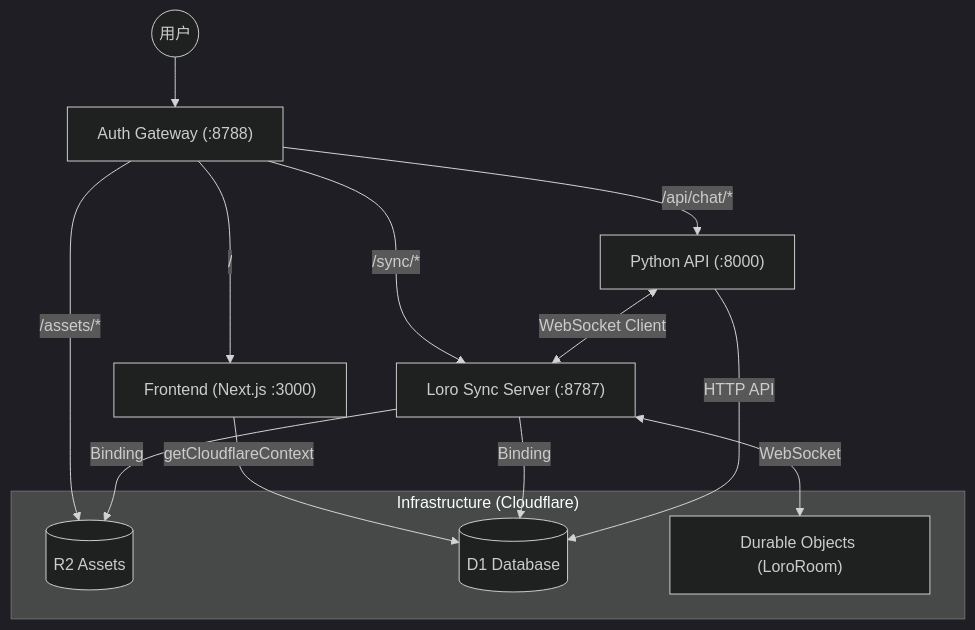
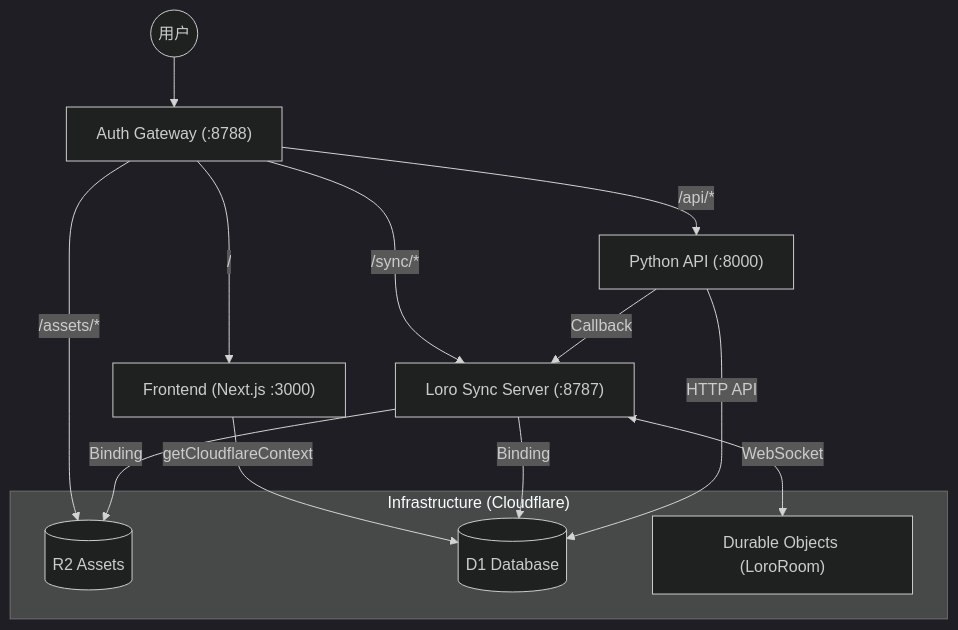
Before and after one commit to hrhrng/clash: the first of 2 diagrams in apps/loro-sync-server/ARCHITECTURE.md, drawn with Mermaid (dark theme). The commit also changed other lines of this file and 46 other files, not shown here.

````diff
--- a/apps/loro-sync-server/ARCHITECTURE.md
+++ b/apps/loro-sync-server/ARCHITECTURE.md
@@ -9,23 +9,23 @@
 ```mermaid
 graph TD
     User((用户)) --> Gateway["Auth Gateway (:8788)"]
     
     Gateway -->|/| Web["Frontend (Next.js :3000)"]
     Gateway -->|/sync/*| Sync["Loro Sync Server (:8787)"]
-    Gateway -->|/api/chat/*| API["Python API (:8000)"]
+    Gateway -->|/api/*| API["Python API (:8000)"]
     Gateway -->|/assets/*| R2[("R2 Assets")]
     
     subgraph "Infrastructure (Cloudflare)"
         D1[("D1 Database")]
         R2
         DO["Durable Objects (LoroRoom)"]
     end
     
     Web -->|getCloudflareContext| D1
     Sync -->|Binding| D1
     Sync -->|Binding| R2
     API -->|HTTP API| D1
     
     Sync <-->|WebSocket| DO
-    API <-->|WebSocket Client| Sync
+    API -->|Callback| Sync
 ```
````
